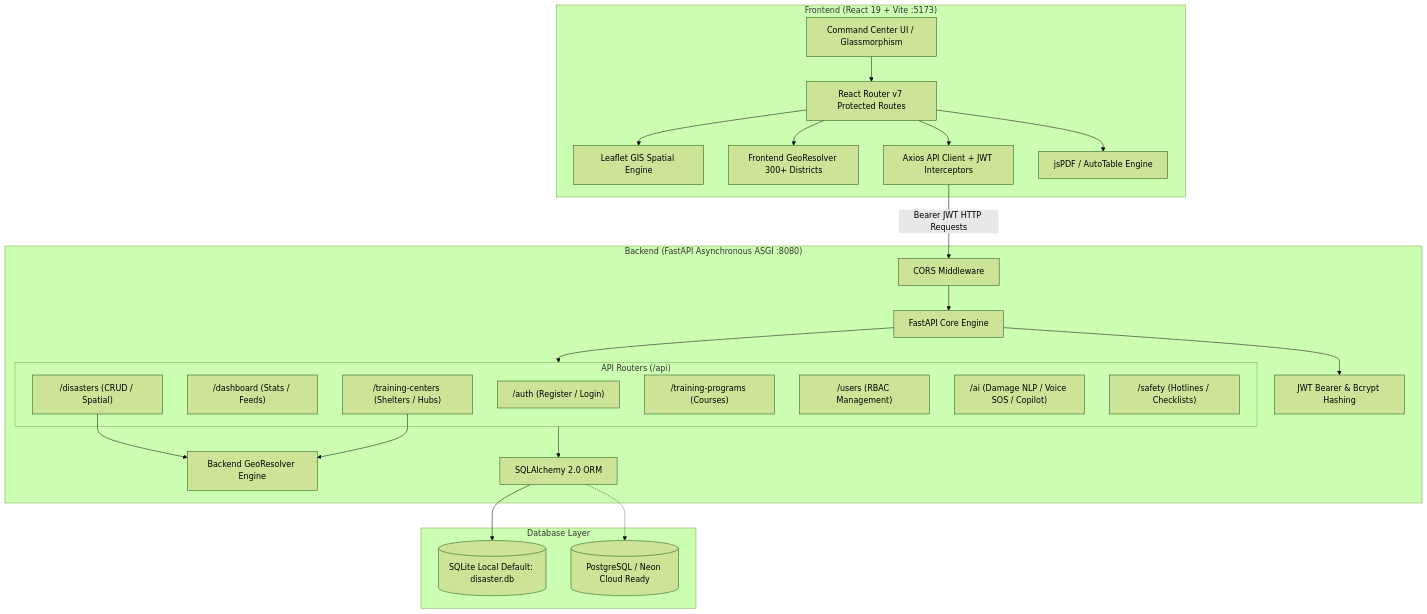
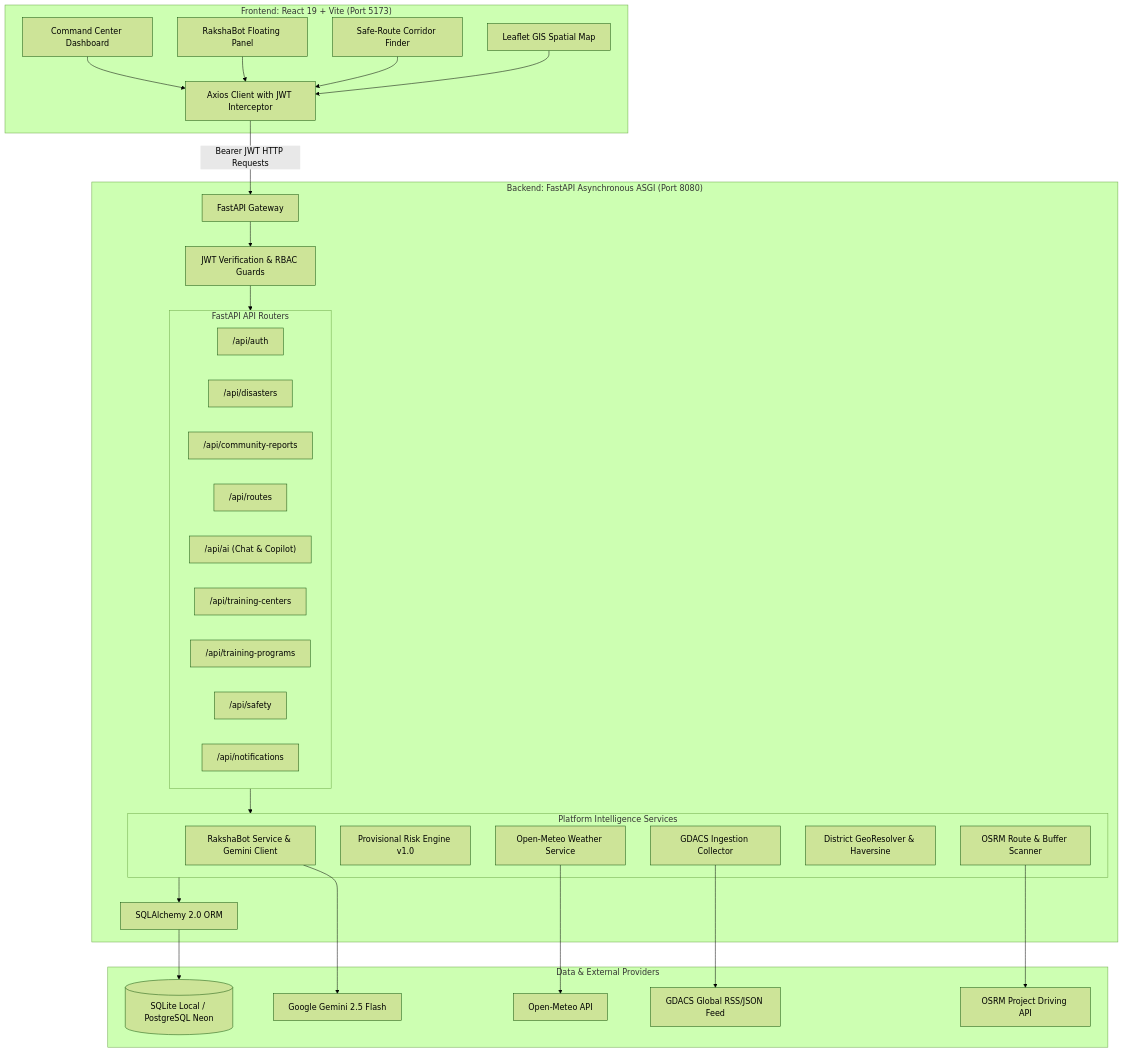
One commit to Bharathkumar2426/MP_disaster changed the diagram in PROJECT_DOCUMENTATION.md. Above: the diagram before and after it, drawn with Mermaid (forest theme). The commit also changed other lines of this file and 1 other file, not shown here.

````diff
--- a/PROJECT_DOCUMENTATION.md
+++ b/PROJECT_DOCUMENTATION.md
@@ -51,51 +43,64 @@
 ```mermaid
 graph TD
-    subgraph Client ["Frontend (React 19 + Vite :5173)"]
-        UI[Command Center UI / Glassmorphism]
-        Router[React Router v7 Protected Routes]
-        GIS[Leaflet GIS Spatial Engine]
-        GeoClient[Frontend GeoResolver 300+ Districts]
-        AxiosClient[Axios API Client + JWT Interceptors]
-        PDFEng[jsPDF / AutoTable Engine]
+    subgraph Client ["Frontend: React 19 + Vite (Port 5173)"]
+        UI[Command Center Dashboard]
+        GIS[Leaflet GIS Spatial Map]
+        RakshaUI[RakshaBot Floating Panel]
+        RouteUI[Safe-Route Corridor Finder]
+        Axios[Axios Client with JWT Interceptor]
     end
 
-    subgraph Server ["Backend (FastAPI Asynchronous ASGI :8080)"]
-        FastAPIApp[FastAPI Core Engine]
-        CORS[CORS Middleware]
-        Security[JWT Bearer & Bcrypt Hashing]
-        GeoServer[Backend GeoResolver Engine]
+    subgraph Backend ["Backend: FastAPI Asynchronous ASGI (Port 8080)"]
+        FastAPI[FastAPI Gateway]
+        Security[JWT Verification & RBAC Guards]
         
-        subgraph Routers ["API Routers (/api)"]
-            AuthR["/auth (Register / Login)"]
-            DashR["/dashboard (Stats / Feeds)"]
-            DisasterR["/disasters (CRUD / Spatial)"]
-            CenterR["/training-centers (Shelters / Hubs)"]
-            ProgR["/training-programs (Courses)"]
-            UsersR["/users (RBAC Management)"]
-            AIR["/ai (Damage NLP / Voice SOS / Copilot)"]
-            SafetyR["/safety (Hotlines / Checklists)"]
+        subgraph Services ["Platform Intelligence Services"]
+            RakshaSvc[RakshaBot Service & Gemini Client]
+            RiskSvc[Provisional Risk Engine v1.0]
+            WeatherSvc[Open-Meteo Weather Service]
+            RouteSvc[OSRM Route & Buffer Scanner]
+            GeoSvc[District GeoResolver & Haversine]
+            GDACSSvc[GDACS Ingestion Collector]
+        end
+        
+        subgraph Routers ["FastAPI API Routers"]
+            AuthR["/api/auth"]
+            DisasterR["/api/disasters"]
+            ReportR["/api/community-reports"]
+            RouteR["/api/routes"]
+            AIR["/api/ai (Chat & Copilot)"]
+            CenterR["/api/training-centers"]
+            ProgR["/api/training-programs"]
+            SafetyR["/api/safety"]
+            NotifR["/api/notifications"]
         end
         
         ORM[SQLAlchemy 2.0 ORM]
     end
 
-    subgraph Storage ["Database Layer"]
-        SQLite[(SQLite Local Default: disaster.db)]
-        PostgreSQL[(PostgreSQL / Neon Cloud Ready)]
+    subgraph DataLayer ["Data & External Providers"]
+        DB[(SQLite Local / PostgreSQL Neon)]
+        GeminiAPI[Google Gemini 2.5 Flash]
+        OpenMeteo[Open-Meteo API]
+        GDACSFeed[GDACS Global RSS/JSON Feed]
+        OSRMAPI[OSRM Project Driving API]
     end
 
-    UI --> Router
-    Router --> GIS
-    Router --> PDFEng
-    Router --> GeoClient
-    Router --> AxiosClient
-    AxiosClient -->|Bearer JWT HTTP Requests| CORS
-    CORS --> FastAPIApp
-    FastAPIApp --> Security
-    FastAPIApp --> Routers
-    DisasterR --> GeoServer
-    CenterR --> GeoServer
-    Routers --> ORM
-    ORM --> SQLite
-    ORM -.-> PostgreSQL
+    UI --> Axios
+    RakshaUI --> Axios
+    RouteUI --> Axios
+    GIS --> Axios
+    
+    Axios -->|Bearer JWT HTTP Requests| FastAPI
+    FastAPI --> Security
+    Security --> Routers
+    
+    Routers --> Services
+    Services --> ORM
+    ORM --> DB
+    
+    RakshaSvc --> GeminiAPI
+    WeatherSvc --> OpenMeteo
+    GDACSSvc --> GDACSFeed
+    RouteSvc --> OSRMAPI
 ```
````
